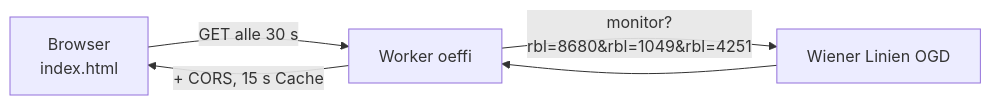
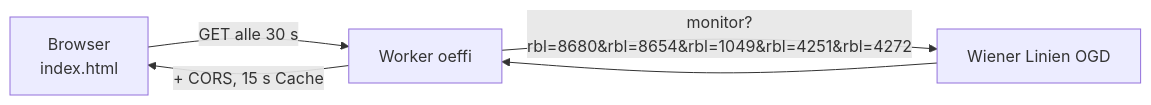
One commit to marioaininger-bot/oeffi changed the diagram in README.md. Above: the diagram before and after it, drawn with Mermaid. The commit also changed other lines of this file and 2 other files, not shown here.

````diff
--- a/README.md
+++ b/README.md
@@ -24,6 +24,6 @@
 ```mermaid
 flowchart LR
   B[Browser<br/>index.html] -- "GET alle 30 s" --> W[Worker oeffi]
-  W -- "monitor?rbl=8680&rbl=1049&rbl=4251" --> WL[Wiener Linien OGD]
+  W -- "monitor?rbl=8680&rbl=8654&rbl=1049&rbl=4251&rbl=4272" --> WL[Wiener Linien OGD]
   WL --> W -- "+ CORS, 15 s Cache" --> B
 ```
````
